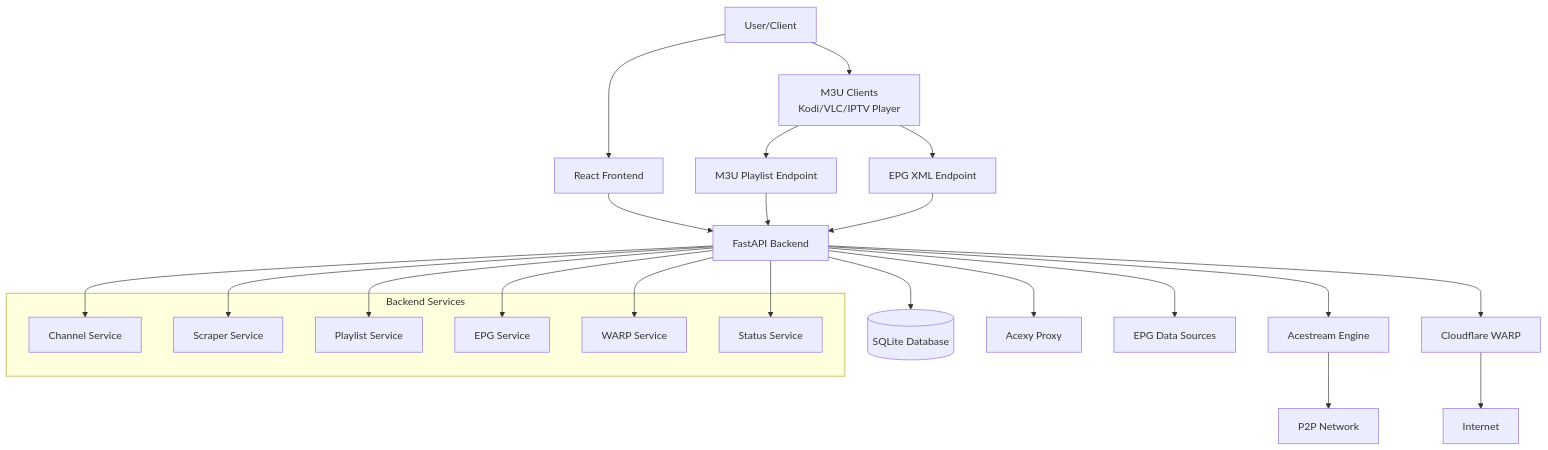
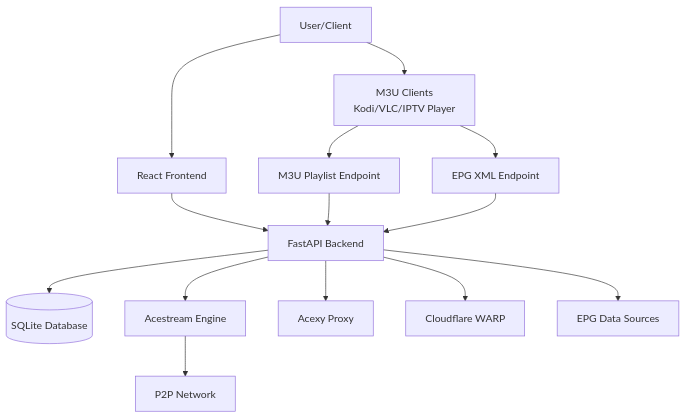
The first of 6 diagrams in docs/architecture/architecture-diagrams.md (Pipepito/acestream-scraper), drawn with Mermaid before and after one commit. The commit also changed other lines of this file and 43 other files, not shown here.

First line of the commit message:
feat: Add Playlist and Scraper pages with API integration

````diff
--- a/docs/architecture/architecture-diagrams.md
+++ b/docs/architecture/architecture-diagrams.md
@@ -7,33 +7,16 @@
 ```mermaid
 graph TD
     User[User/Client] --> WebUI[React Frontend]
     User --> M3UClient[M3U Clients\nKodi/VLC/IPTV Player]
     WebUI --> FastAPI[FastAPI Backend]
     FastAPI --> DB[(SQLite Database)]
     FastAPI --> AceEngine[Acestream Engine]
     FastAPI --> AcexyProxy[Acexy Proxy]
     FastAPI --> WARP[Cloudflare WARP]
     FastAPI --> EPGSources[EPG Data Sources]
     M3UClient --> Playlist[M3U Playlist Endpoint]
     M3UClient --> EPGEndpoint[EPG XML Endpoint]
     Playlist --> FastAPI
     EPGEndpoint --> FastAPI
     AceEngine --> InternetP2P[P2P Network]
-    WARP --> Internet[Internet]
-    
-    subgraph "Backend Services"
-        ChannelService[Channel Service]
-        ScrapeService[Scraper Service]
-        PlaylistService[Playlist Service]
-        EPGService[EPG Service]
-        WARPService[WARP Service]
-        StatusService[Status Service]
-    end
-    
-    FastAPI --> ChannelService
-    FastAPI --> ScrapeService
-    FastAPI --> PlaylistService
-    FastAPI --> EPGService
-    FastAPI --> WARPService
-    FastAPI --> StatusService
 ```
````
